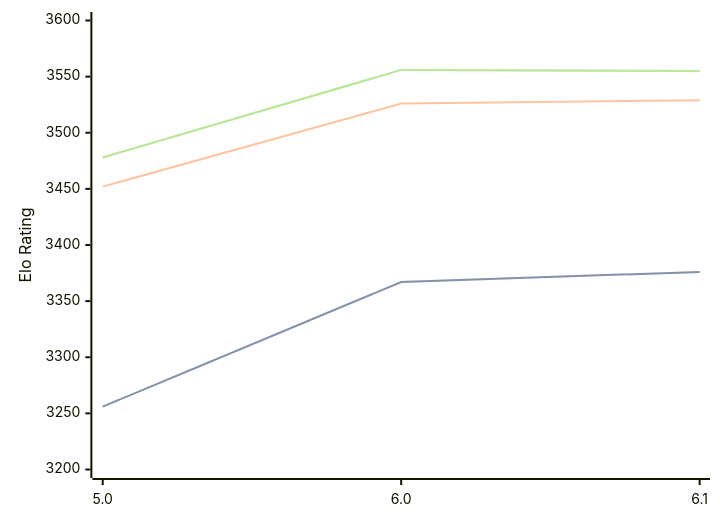
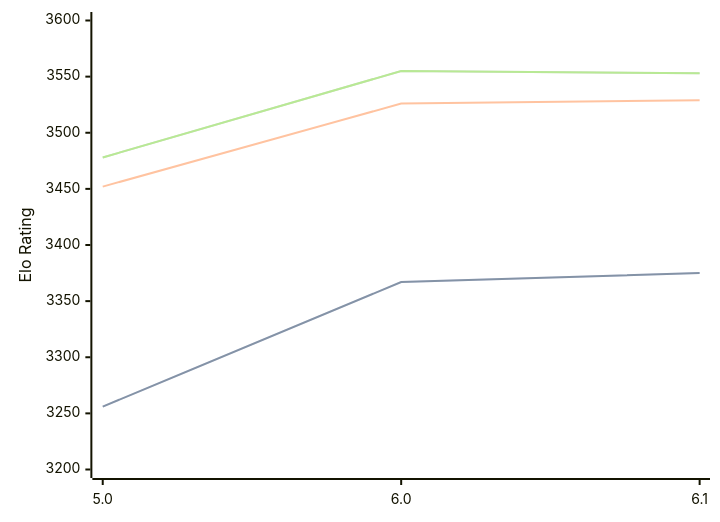
The diagram in engines/Starzix.md (computer-chess-index/cci), drawn with Mermaid before and after one commit. The commit also changed other lines of this file, not shown here.

Commit message:
Update CCI Ratings (ELO VLTC) - 2026-02-28

````diff
--- a/engines/Starzix.md
+++ b/engines/Starzix.md
@@ -35,11 +35,11 @@
 ```mermaid
 %%{init: {"theme":"base","themeVariables":{"seriesColors:['#a3a3a3','#222221','#faa371']}}}%%
 xychart-beta
   x-axis ["5.0", "6.0", "6.1"]
   y-axis "Elo Rating" 3200 --> 3600
-  line "STC (8.0+0.08s)" [3256, 3367, 3376]
-  line "STC (8.0+0.08s)" [3256, 3367, 3376]
+  line "STC (8.0+0.08s)" [3256, 3367, 3375]
+  line "STC (8.0+0.08s)" [3256, 3367, 3375]
   line "LTC (60.0+0.60s)" [3452, 3526, 3529]
-  line "VLTC (2m24s+1.12s)" [3478, 3556, 3555]
-  line "VLTC (2m24s+1.12s)" [3478, 3556, 3555]
+  line "VLTC (2m24s+1.12s)" [3478, 3555, 3553]
+  line "VLTC (2m24s+1.12s)" [3478, 3555, 3553]
 ```
````
